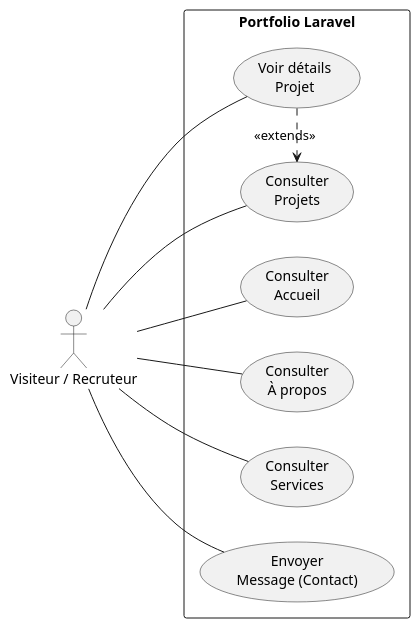
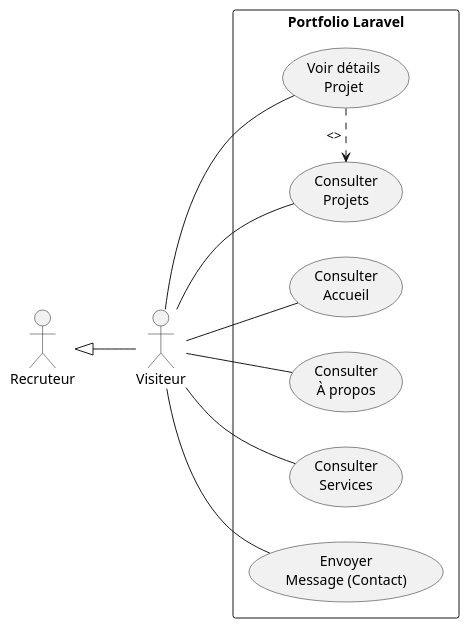
One commit to BENYEKHLEF-Anouar/Portfolio-developpeur changed the diagram in Analyse/diagram.puml. Above: the diagram before and after it, drawn with PlantUML.

Commit message:
Add initial UML diagram for Portfolio use cases

```diff
--- a/Analyse/diagram.puml
+++ b/Analyse/diagram.puml
@@ -1,30 +1,27 @@
 @startuml
 left to right direction
 skinparam packageStyle rectangle
 
-actor "Visiteur / Recruteur" as Visitor
+actor "Visiteur" as Visitor
+actor "Recruteur" as Recruiter
+Recruiter <|-- Visitor
 
 rectangle "Portfolio Laravel" {
   usecase "Consulter\nAccueil" as UC_Home
   usecase "Consulter\nÀ propos" as UC_About
   usecase "Consulter\nProjets" as UC_Projects
   usecase "Voir détails\nProjet" as UC_ProjectDetails
   usecase "Consulter\nServices" as UC_Services
   usecase "Envoyer\nMessage (Contact)" as UC_Contact
-
- 
 }
 
 Visitor -- UC_Home
 Visitor -- UC_About
 Visitor -- UC_Projects
 Visitor -- UC_ProjectDetails
 Visitor -- UC_Services
 Visitor -- UC_Contact
 
-
-
 ' Optionnel : relations de dépendance/extension
-UC_ProjectDetails .> UC_Projects : <<extends>>
-
+UC_ProjectDetails .> UC_Projects : <>
 @enduml
```
